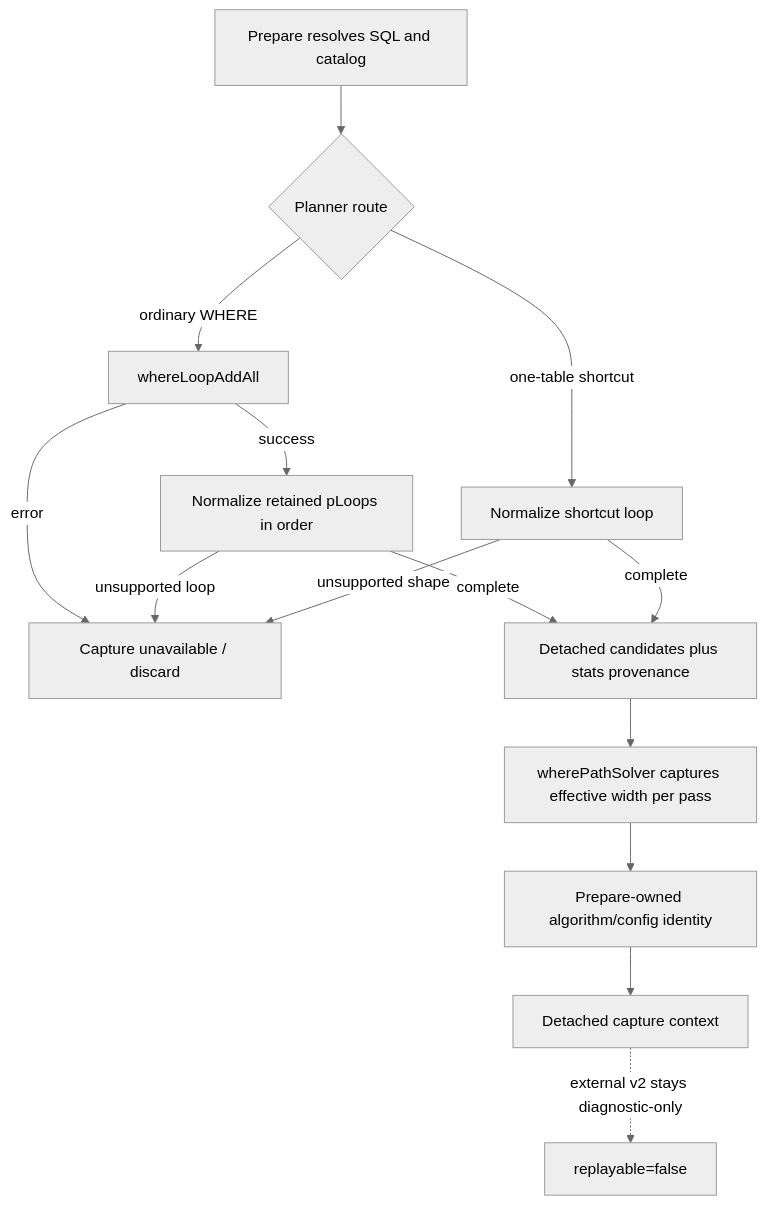
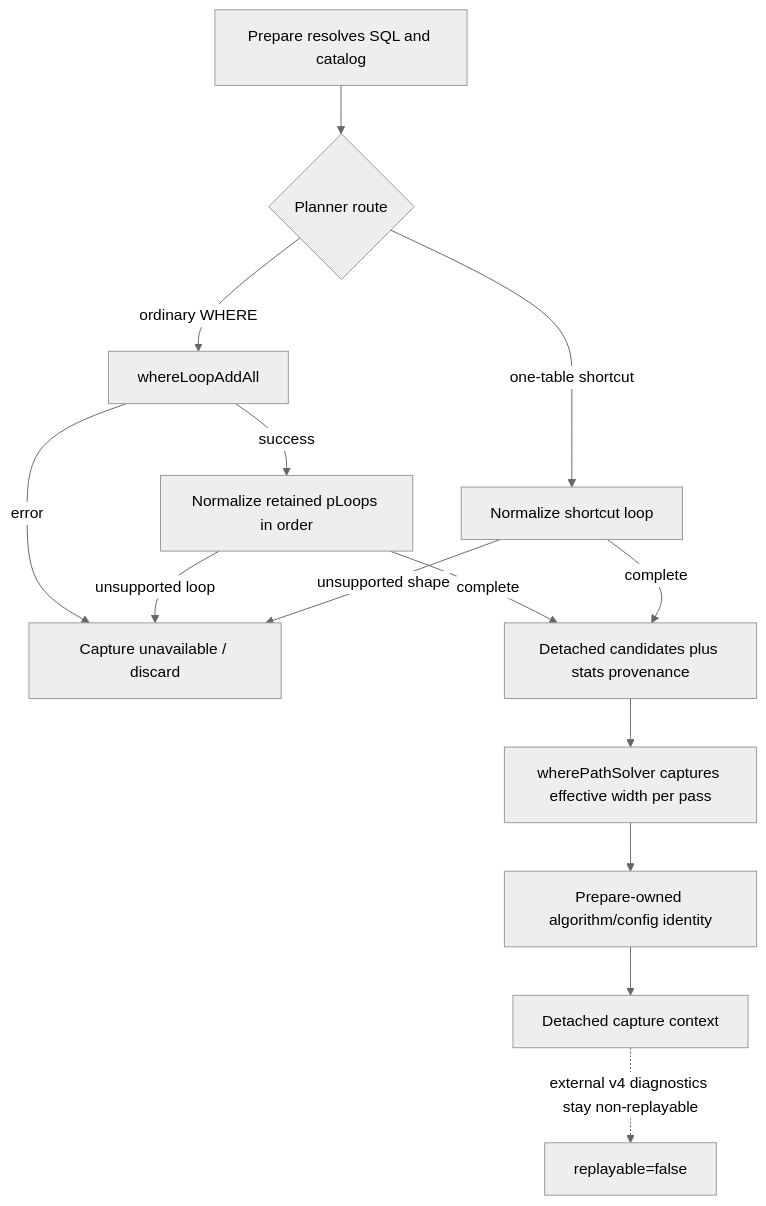
The third of 4 diagrams in docs/vdbe/planner_vm_migration.md (tsafin/tarantool-dsql), drawn with Mermaid (neutral theme) before and after one commit. The commit also changed other lines of this file and 1 other file, not shown here.

````diff
--- a/docs/vdbe/planner_vm_migration.md
+++ b/docs/vdbe/planner_vm_migration.md
@@ -596,16 +610,16 @@
 ```mermaid
 flowchart TD
     P[Prepare resolves SQL and catalog] --> E{Planner route}
     E -->|ordinary WHERE| A[whereLoopAddAll]
     A -->|error| X[Capture unavailable / discard]
     A -->|success| N[Normalize retained pLoops in order]
     E -->|one-table shortcut| H[Normalize shortcut loop]
     N -->|unsupported loop| X
     H -->|unsupported shape| X
     N -->|complete| C[Detached candidates plus stats provenance]
     H -->|complete| C
     C --> W[wherePathSolver captures effective width per pass]
     W --> I[Prepare-owned algorithm/config identity]
     I --> D[Detached capture context]
-    D -. external v2 stays diagnostic-only .-> V[replayable=false]
+    D -. external v4 diagnostics stay non-replayable .-> V[replayable=false]
 ```
````
